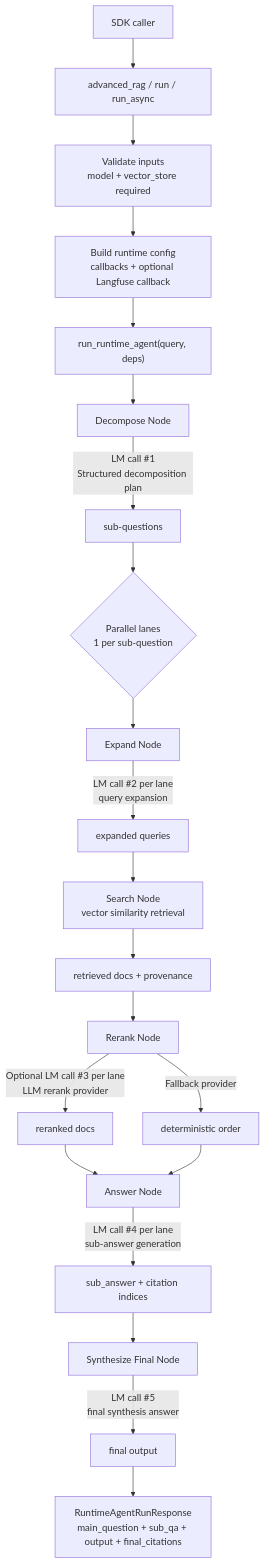
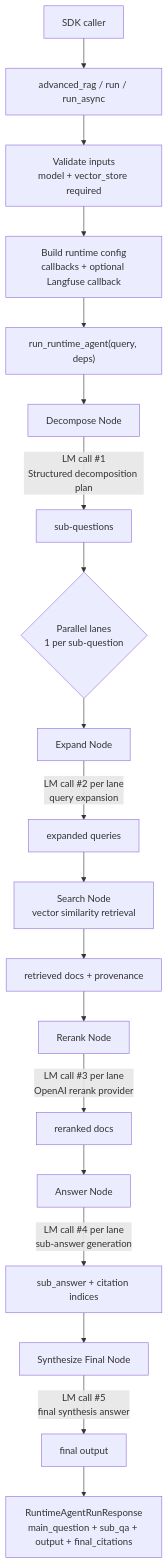
One commit to Nickbohm555/agent-search changed the diagram in README.md. Above: the diagram before and after it, drawn with Mermaid. The commit also changed other lines of this file and 3 other files, not shown here.

````diff
--- a/README.md
+++ b/README.md
@@ -11,24 +11,22 @@
 ```mermaid
 flowchart TD
     A["SDK caller"] --> B["advanced_rag / run / run_async"]
     B --> C["Validate inputs<br/>model + vector_store required"]
     C --> D["Build runtime config<br/>callbacks + optional Langfuse callback"]
     D --> E["run_runtime_agent(query, deps)"]
     E --> F["Decompose Node"]
     F -->|LM call #1<br/>Structured decomposition plan| G["sub-questions"]
 
     G --> H{"Parallel lanes<br/>1 per sub-question"}
     H --> I["Expand Node"]
     I -->|LM call #2 per lane<br/>query expansion| J["expanded queries"]
     J --> K["Search Node<br/>vector similarity retrieval"]
     K --> L["retrieved docs + provenance"]
     L --> M["Rerank Node"]
-    M -->|Optional LM call #3 per lane<br/>LLM rerank provider| N["reranked docs"]
-    M -->|Fallback provider| O["deterministic order"]
+    M -->|LM call #3 per lane<br/>OpenAI rerank provider| N["reranked docs"]
     N --> P["Answer Node"]
-    O --> P
     P -->|LM call #4 per lane<br/>sub-answer generation| Q["sub_answer + citation indices"]
     Q --> R["Synthesize Final Node"]
     R -->|LM call #5<br/>final synthesis answer| S["final output"]
     S --> T["RuntimeAgentRunResponse<br/>main_question + sub_qa + output + final_citations"]
 ```
````
